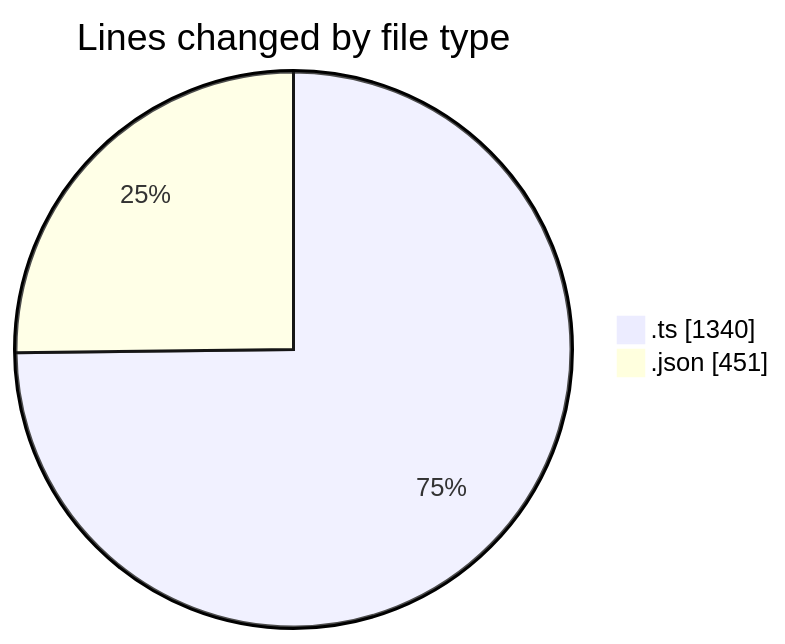
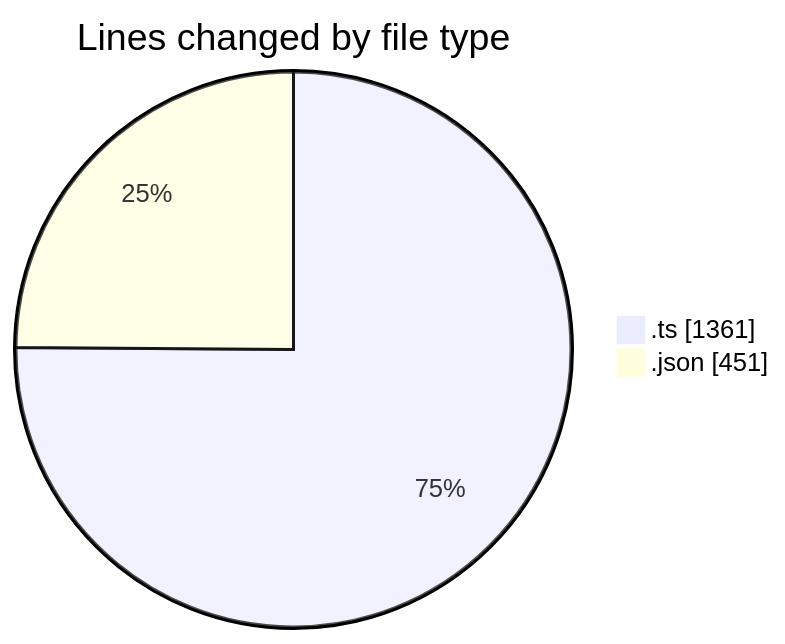
The first of 2 diagrams in 2025-10-22/cda/README.md (momahboobian/code-tracking), drawn with Mermaid before and after one commit. The commit also changed other lines of this file and 1 other file, not shown here.

````diff
--- a/2025-10-22/cda/README.md
+++ b/2025-10-22/cda/README.md
@@ -24,6 +24,6 @@
 ```mermaid
 pie showData
 title Lines changed by file type
-".ts" : 1340
+".ts" : 1361
 ".json" : 451
 ```
````
